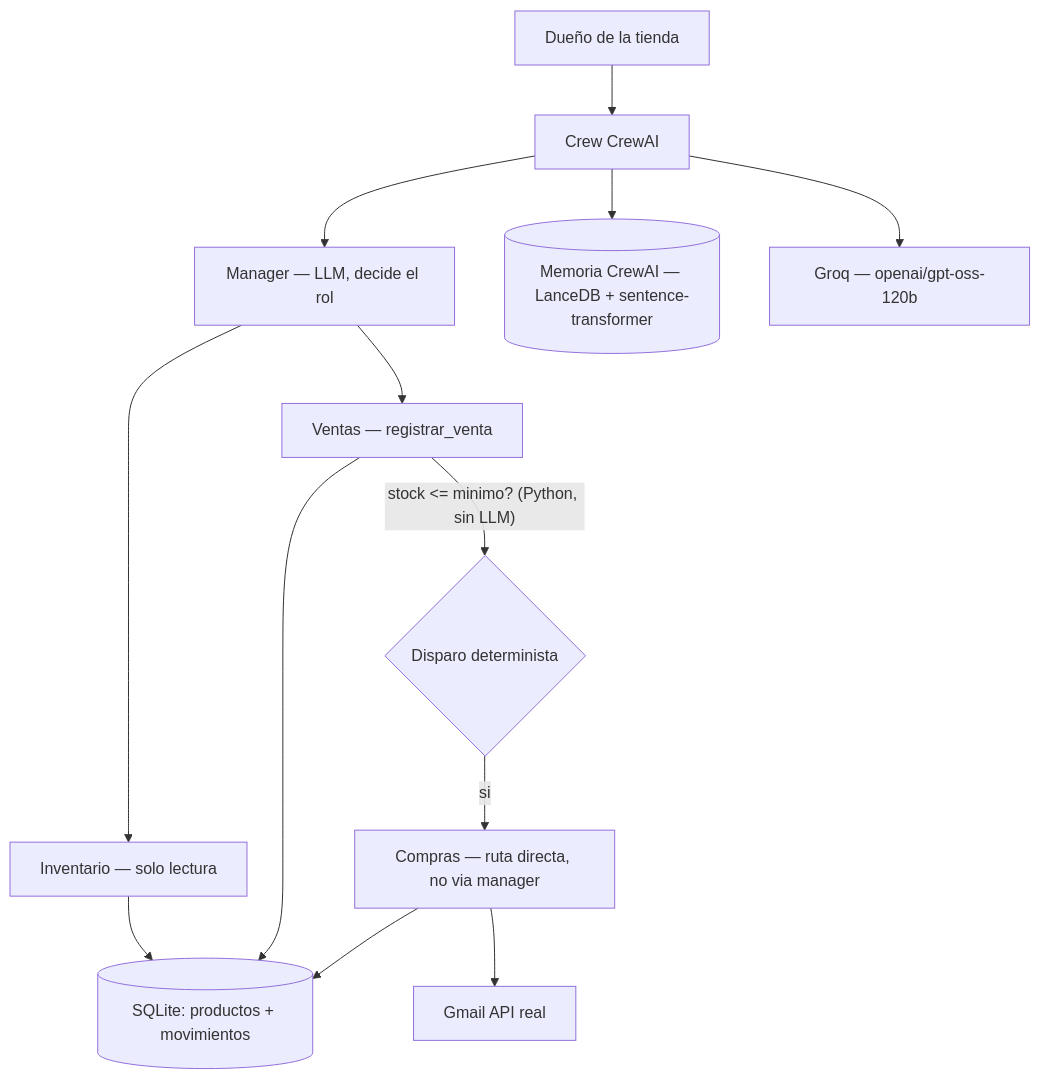
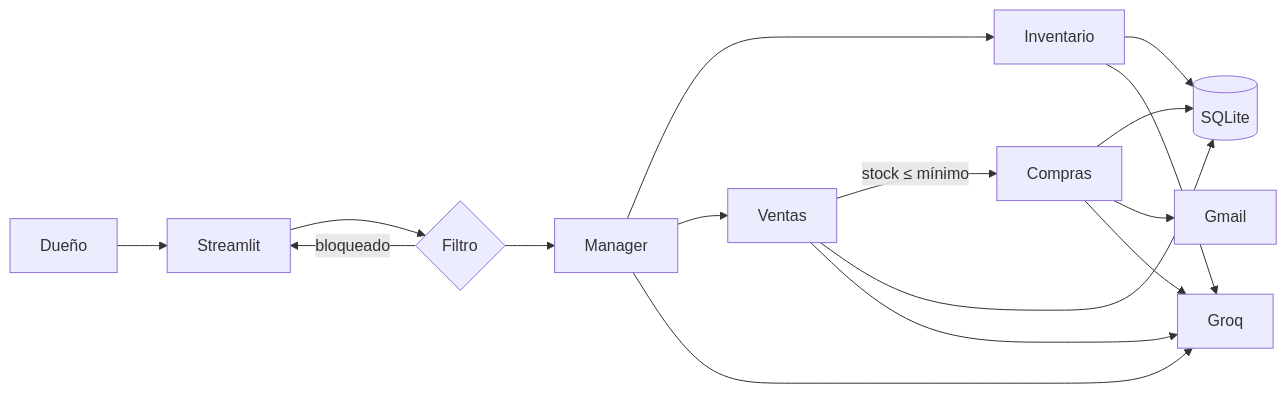
One commit to 1samadhi/gestion-tienda-ia changed the first of 2 diagrams in README.md. Above: the diagram before and after it, drawn with Mermaid. The commit also changed other lines of this file and 2 other files, not shown here.

Commit message:
README simple con diagramas; corrige la causa de la mala delegacion y aclara MEDICION

````diff
--- a/README.md
+++ b/README.md
@@ -97,18 +8,13 @@
 ```mermaid
-flowchart TD
-  usuario[Dueño de la tienda] --> crew[Crew CrewAI]
-  crew --> manager[Manager — LLM, decide el rol]
-  manager --> inventario[Inventario — solo lectura]
-  manager --> ventas[Ventas — registrar_venta]
-
-  ventas -- "stock <= minimo? (Python, sin LLM)" --> disparo{Disparo determinista}
-  disparo -- "si" --> compras[Compras — ruta directa, no via manager]
-  compras --> gmail[Gmail API real]
-
-  inventario --> db[(SQLite: productos + movimientos)]
-  ventas --> db
-  compras --> db
-
-  crew --> memoria[(Memoria CrewAI — LanceDB + sentence-transformer)]
-  crew --> groq[Groq — openai/gpt-oss-120b]
+flowchart LR
+  U[Dueño] --> APP[Streamlit]
+  APP --> F{Filtro}
+  F -- bloqueado --> APP
+  F --> M[Manager]
+  M --> I[Inventario]
+  M --> V[Ventas]
+  V -- "stock ≤ mínimo" --> C[Compras]
+  I & V & C --> DB[(SQLite)]
+  C --> G[Gmail]
+  M & I & V & C --> LLM[Groq]
 ```
````
